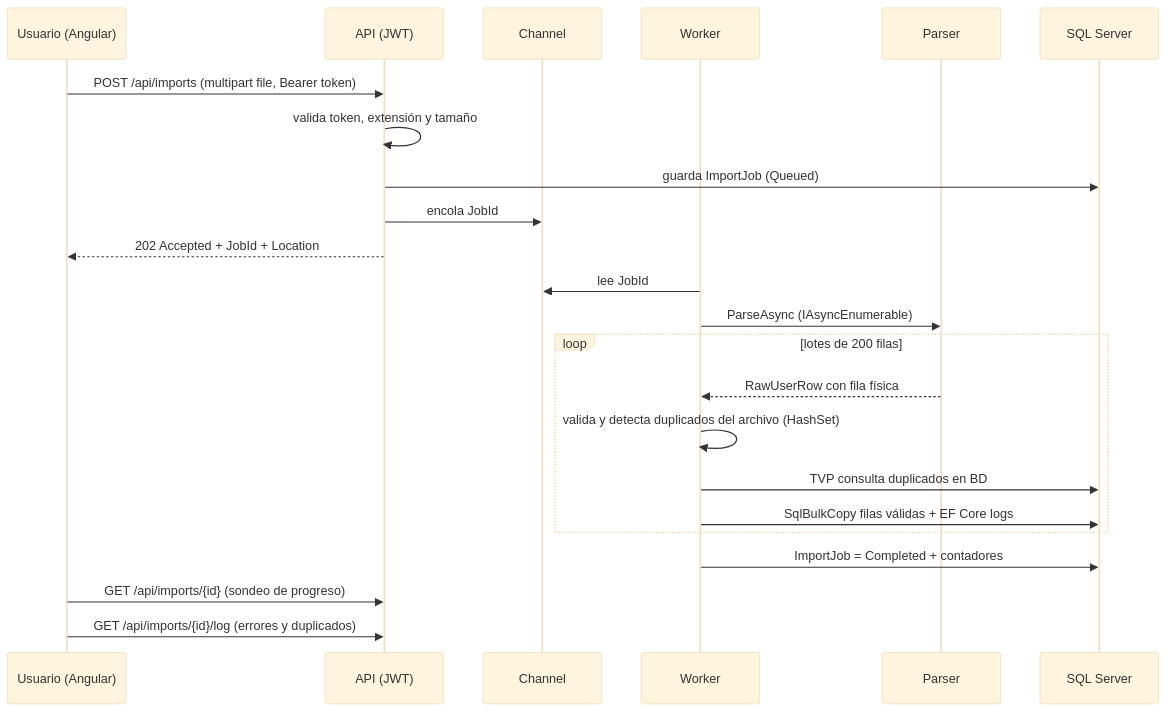
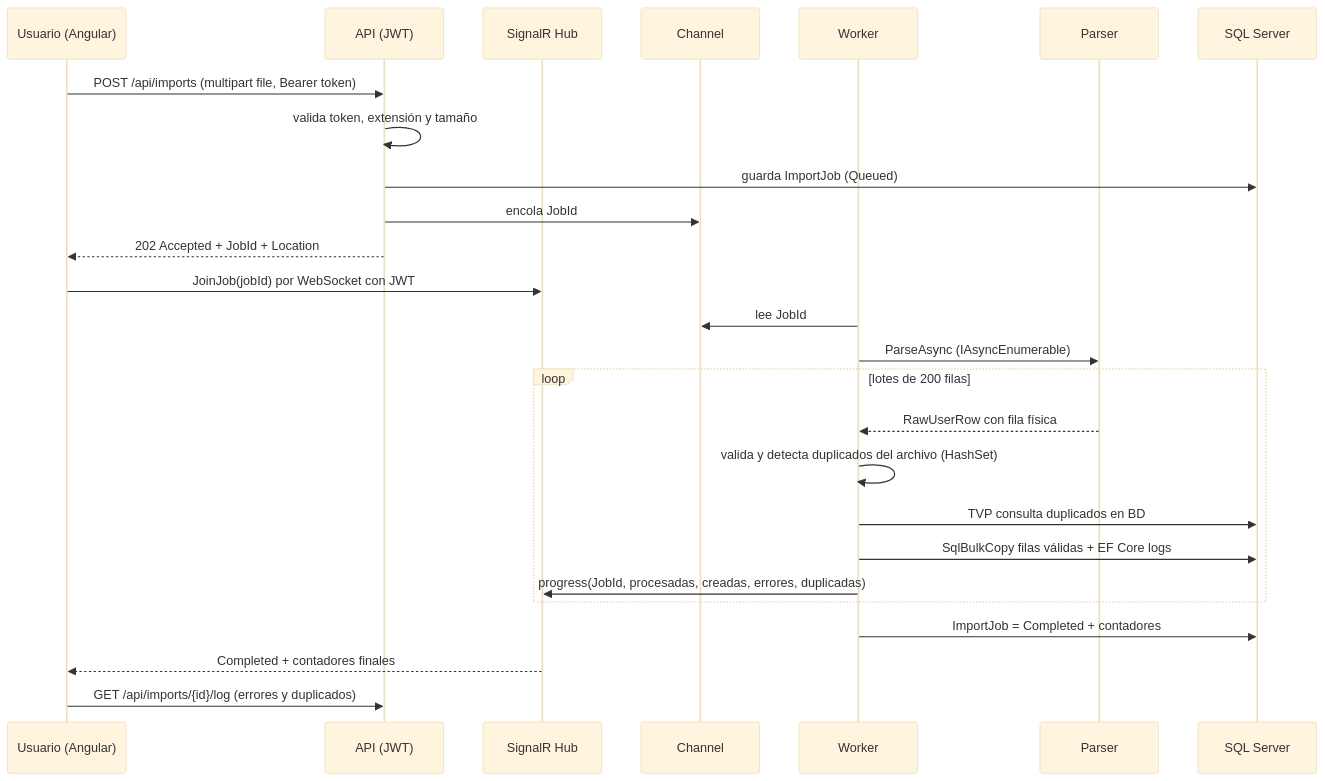
Before and after one commit to Csar27/ImportaYa: the second of 3 diagrams in README.md, drawn with Mermaid (base theme). The commit also changed other lines of this file and 39 other files, not shown here.

````diff
--- a/README.md
+++ b/README.md
@@ -36,26 +40,29 @@
 ```mermaid
 sequenceDiagram
     participant U as Usuario (Angular)
     participant A as API (JWT)
+    participant H as SignalR Hub
     participant Q as Channel
     participant W as Worker
     participant P as Parser
     participant D as SQL Server
 
     U->>A: POST /api/imports (multipart file, Bearer token)
     A->>A: valida token, extensión y tamaño
     A->>D: guarda ImportJob (Queued)
     A->>Q: encola JobId
     A-->>U: 202 Accepted + JobId + Location
+    U->>H: JoinJob(jobId) por WebSocket con JWT
     W->>Q: lee JobId
     W->>P: ParseAsync (IAsyncEnumerable)
     loop lotes de 200 filas
         P-->>W: RawUserRow con fila física
         W->>W: valida y detecta duplicados del archivo (HashSet)
         W->>D: TVP consulta duplicados en BD
         W->>D: SqlBulkCopy filas válidas + EF Core logs
+        W->>H: progress(JobId, procesadas, creadas, errores, duplicadas)
     end
     W->>D: ImportJob = Completed + contadores
-    U->>A: GET /api/imports/{id} (sondeo de progreso)
+    H-->>U: Completed + contadores finales
     U->>A: GET /api/imports/{id}/log (errores y duplicados)
 ```
````
